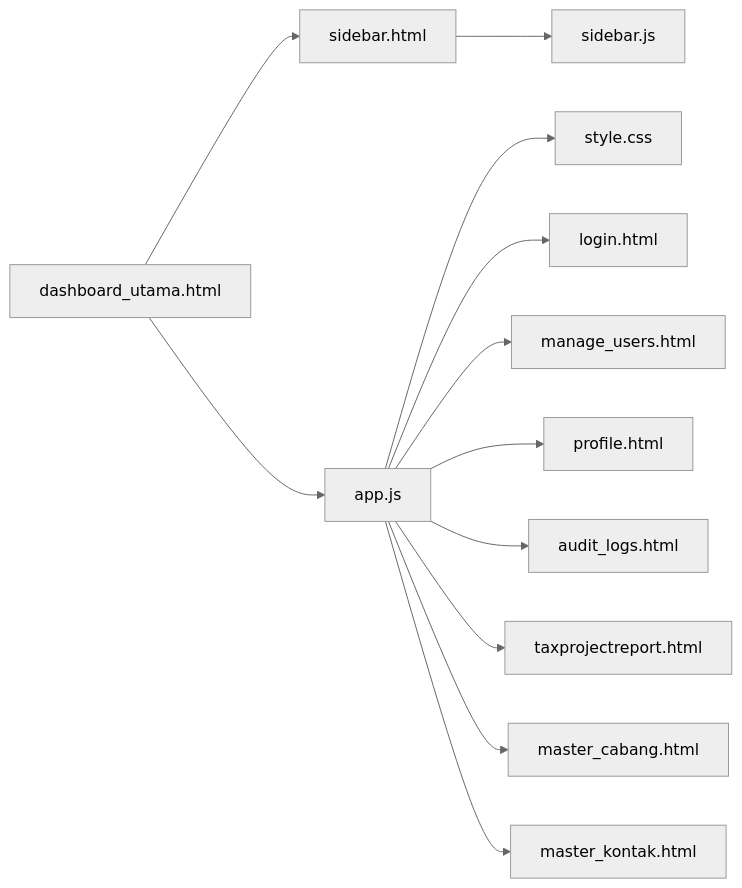
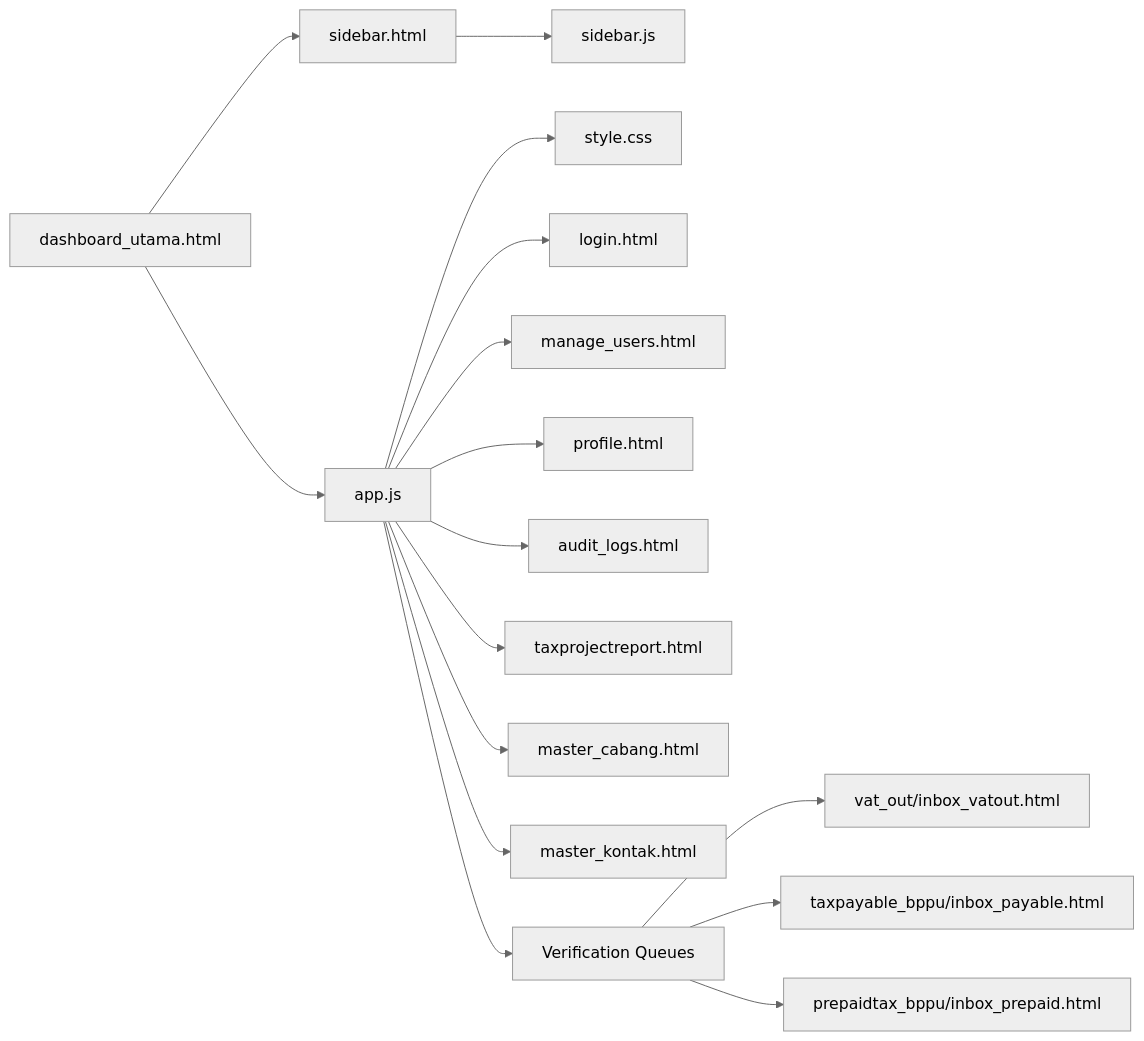
The seventh of 7 diagrams in .qoder/repowiki/en/content/User Interface & Experience/Dashboard & Navigation.md (rendisiagian/TDS_by_RENDISIAGIAN), drawn with Mermaid (neutral theme) before and after one commit. The commit also changed other lines of this file and 91 other files, not shown here.

````diff
--- a/.qoder/repowiki/en/content/User Interface & Experience/Dashboard & Navigation.md
+++ b/.qoder/repowiki/en/content/User Interface & Experience/Dashboard & Navigation.md
@@ -322,14 +426,18 @@
 ```mermaid
 graph LR
 DU["dashboard_utama.html"] --> SB["sidebar.html"]
 DU --> AP["app.js"]
 SB --> BJ["sidebar.js"]
 AP --> ST["style.css"]
 AP --> LG["login.html"]
 AP --> MU["manage_users.html"]
 AP --> PR["profile.html"]
 AP --> AL["audit_logs.html"]
 AP --> TR["taxprojectreport.html"]
 AP --> MC["master_cabang.html"]
 AP --> MK["master_kontak.html"]
+AP --> VQ["Verification Queues"]
+VQ --> VO["vat_out/inbox_vatout.html"]
+VQ --> VP["taxpayable_bppu/inbox_payable.html"]
+VQ --> VPRE["prepaidtax_bppu/inbox_prepaid.html"]
 ```
````
